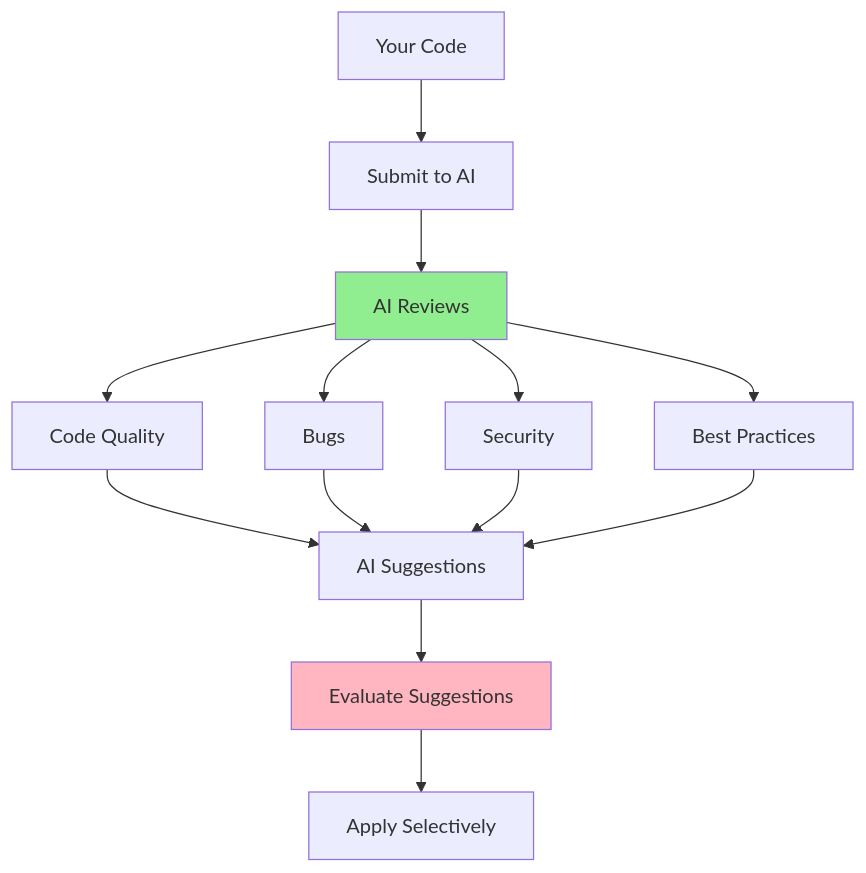
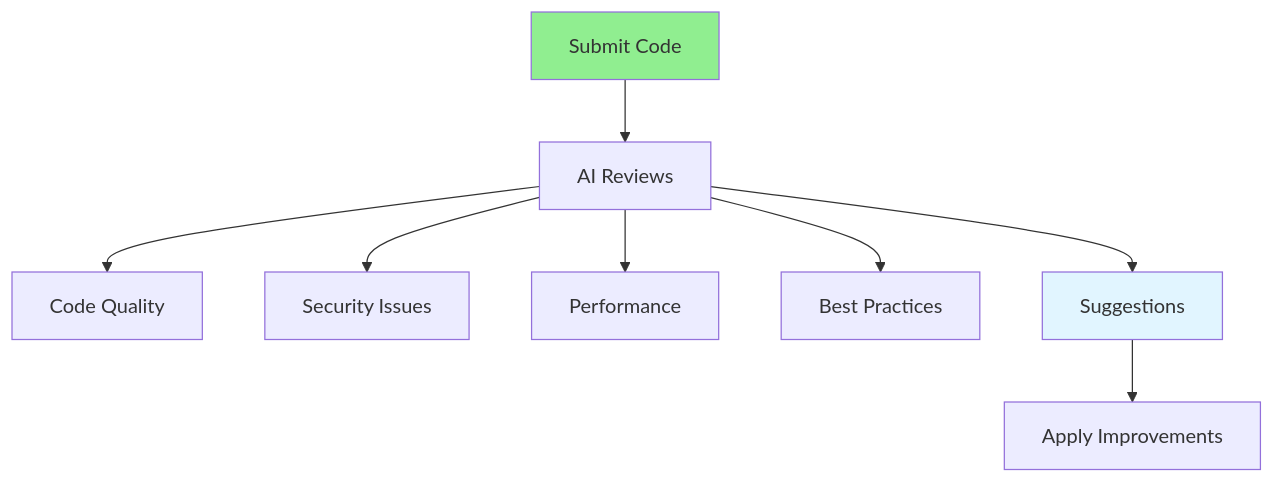
The diagram in Full-Stack-Guides/Group-05-AI-Assisted-Coding/05.04_AI_Code_Review.md (iouthnamain/tech-note), drawn with Mermaid before and after one commit. The commit also changed other lines of this file and 480 other files, not shown here.

````diff
--- a/Full-Stack-Guides/Group-05-AI-Assisted-Coding/05.04_AI_Code_Review.md
+++ b/Full-Stack-Guides/Group-05-AI-Assisted-Coding/05.04_AI_Code_Review.md
@@ -22,20 +22,13 @@
 ```mermaid
 flowchart TD
-    Code[Your Code] --> Submit[Submit to AI]
-    Submit --> Review[AI Reviews]
-    Review --> Quality[Code Quality]
-    Review --> Bugs[Bugs]
-    Review --> Security[Security]
-    Review --> BestPractices[Best Practices]
+    Code[Submit Code] --> AI[AI Reviews]
+    AI --> Quality[Code Quality]
+    AI --> Security[Security Issues]
+    AI --> Performance[Performance]
+    AI --> BestPractices[Best Practices]
+    AI --> Suggestions[Suggestions]
+    Suggestions --> Apply[Apply Improvements]
     
-    Quality --> Suggestions[AI Suggestions]
-    Bugs --> Suggestions
-    Security --> Suggestions
-    BestPractices --> Suggestions
-    
-    Suggestions --> Evaluate[Evaluate Suggestions]
-    Evaluate --> Apply[Apply Selectively]
-    
-    style Review fill:#90EE90
-    style Evaluate fill:#FFB6C1
+    style Code fill:#90EE90
+    style Suggestions fill:#e1f5ff
 ```
````
